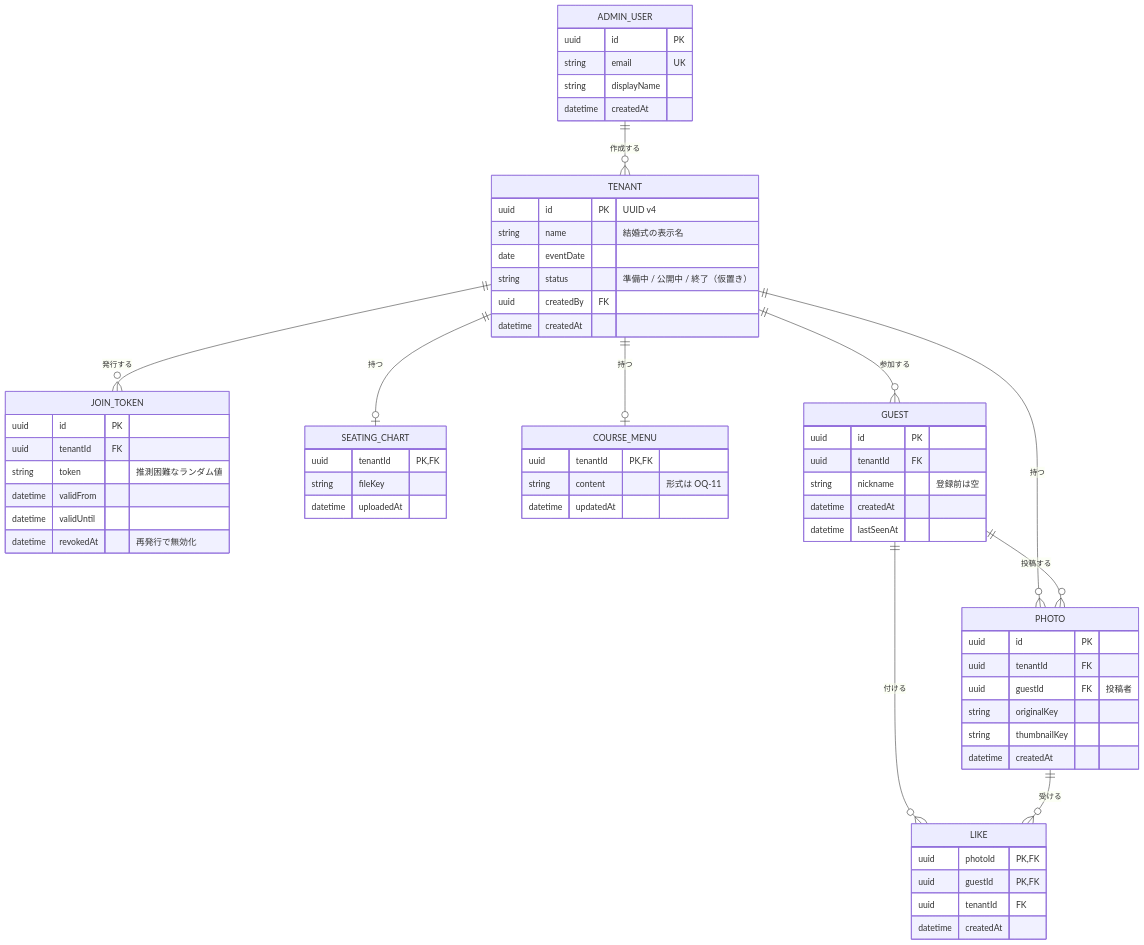
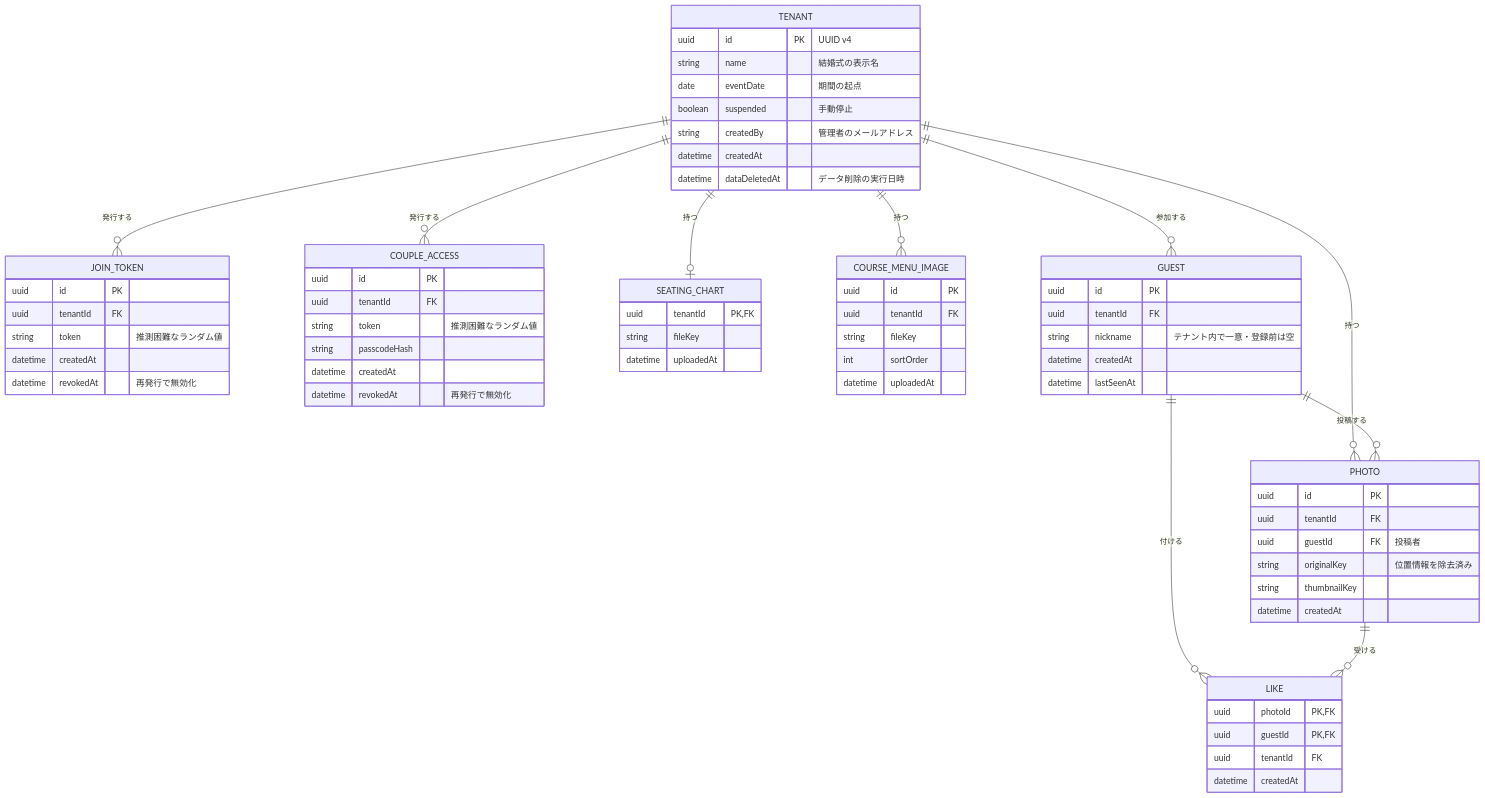
The diagram in docs/design/domain-model.md (Nagomu0128/would-you-marry.me), drawn with Mermaid before and after one commit. The commit also changed other lines of this file and 12 other files, not shown here.

````diff
--- a/docs/design/domain-model.md
+++ b/docs/design/domain-model.md
@@ -20,66 +22,70 @@
 ```mermaid
 erDiagram
-    ADMIN_USER ||--o{ TENANT : "作成する"
     TENANT ||--o{ JOIN_TOKEN : "発行する"
+    TENANT ||--o{ COUPLE_ACCESS : "発行する"
     TENANT ||--o| SEATING_CHART : "持つ"
-    TENANT ||--o| COURSE_MENU : "持つ"
+    TENANT ||--o{ COURSE_MENU_IMAGE : "持つ"
     TENANT ||--o{ GUEST : "参加する"
     TENANT ||--o{ PHOTO : "持つ"
     GUEST ||--o{ PHOTO : "投稿する"
     GUEST ||--o{ LIKE : "付ける"
     PHOTO ||--o{ LIKE : "受ける"
 
-    ADMIN_USER {
-        uuid id PK
-        string email UK
-        string displayName
-        datetime createdAt
-    }
     TENANT {
         uuid id PK "UUID v4"
         string name "結婚式の表示名"
-        date eventDate
-        string status "準備中 / 公開中 / 終了（仮置き）"
-        uuid createdBy FK
+        date eventDate "期間の起点"
+        boolean suspended "手動停止"
+        string createdBy "管理者のメールアドレス"
         datetime createdAt
+        datetime dataDeletedAt "データ削除の実行日時"
     }
     JOIN_TOKEN {
         uuid id PK
         uuid tenantId FK
         string token "推測困難なランダム値"
-        datetime validFrom
-        datetime validUntil
+        datetime createdAt
+        datetime revokedAt "再発行で無効化"
+    }
+    COUPLE_ACCESS {
+        uuid id PK
+        uuid tenantId FK
+        string token "推測困難なランダム値"
+        string passcodeHash
+        datetime createdAt
         datetime revokedAt "再発行で無効化"
     }
     SEATING_CHART {
         uuid tenantId PK, FK
         string fileKey
         datetime uploadedAt
     }
-    COURSE_MENU {
-        uuid tenantId PK, FK
-        string content "形式は OQ-11"
-        datetime updatedAt
+    COURSE_MENU_IMAGE {
+        uuid id PK
+        uuid tenantId FK
+        string fileKey
+        int sortOrder
+        datetime uploadedAt
     }
     GUEST {
         uuid id PK
         uuid tenantId FK
-        string nickname "登録前は空"
+        string nickname "テナント内で一意・登録前は空"
         datetime createdAt
         datetime lastSeenAt
     }
     PHOTO {
         uuid id PK
         uuid tenantId FK
         uuid guestId FK "投稿者"
-        string originalKey
+        string originalKey "位置情報を除去済み"
         string thumbnailKey
         datetime createdAt
     }
     LIKE {
         uuid photoId PK, FK
         uuid guestId PK, FK
         uuid tenantId FK
         datetime createdAt
     }
 ```
````
